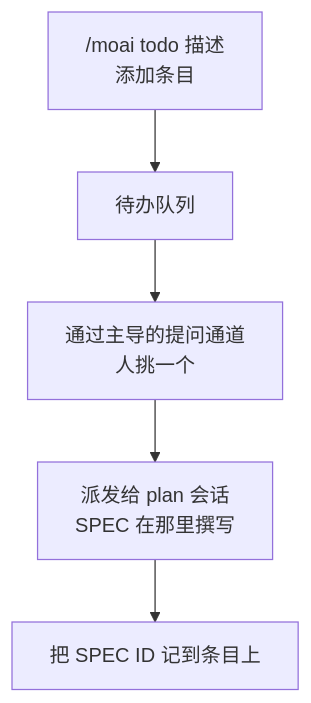
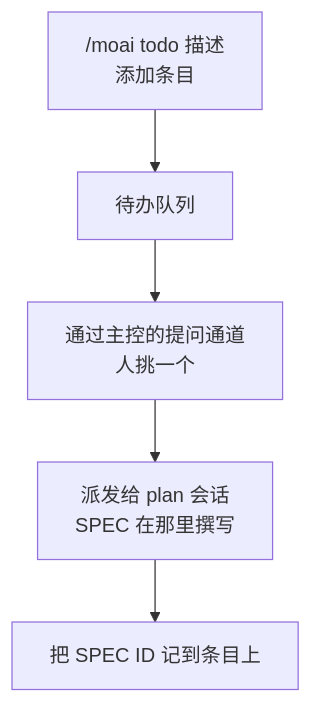
Before and after one commit to modu-ai/moai-adk: the diagram in docs-site/content/zh/utility-commands/moai-todo.md, drawn with Mermaid. The commit also changed other lines of this file and 86 other files, not shown here.

First line of the commit message:
docs(ossdocs): v3.1.1 doc-gap landing — 13-page x4-locale + mermaid fixes + version sync + backend-mix

````diff
--- a/docs-site/content/zh/utility-commands/moai-todo.md
+++ b/docs-site/content/zh/utility-commands/moai-todo.md
@@ -27,7 +27,7 @@
 ```mermaid
 flowchart TD
     Add["/moai todo 描述<br/>添加条目"] --> Queue["待办队列"]
-    Queue --> Pick["通过主导的提问通道<br/>人挑一个"]
+    Queue --> Pick["通过主控的提问通道<br/>人挑一个"]
     Pick --> Plan["派发给 plan 会话<br/>SPEC 在那里撰写"]
     Plan --> Spec["把 SPEC ID 记到条目上"]
 ```
````
